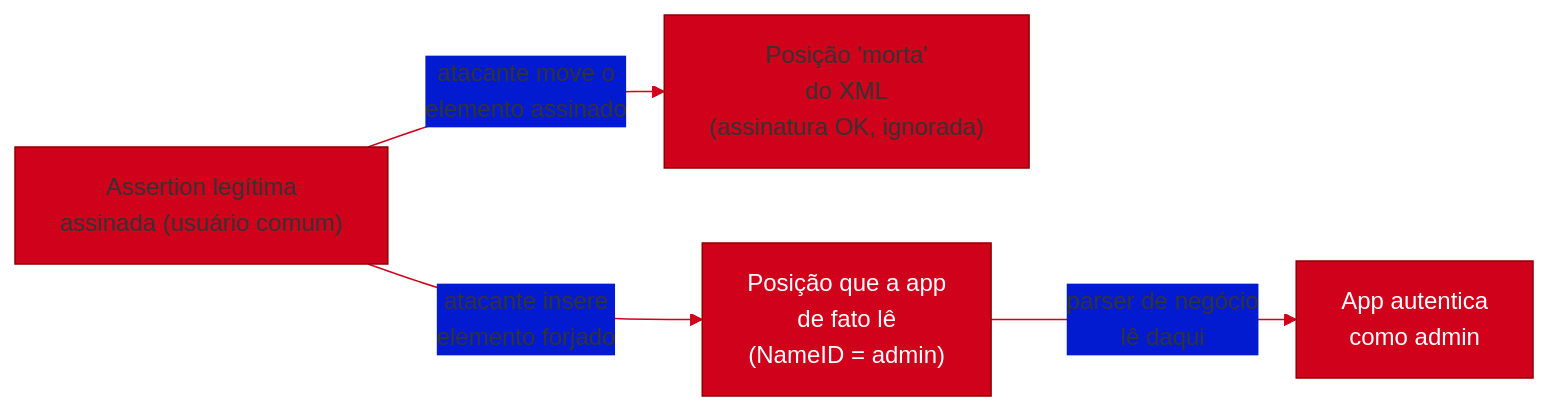
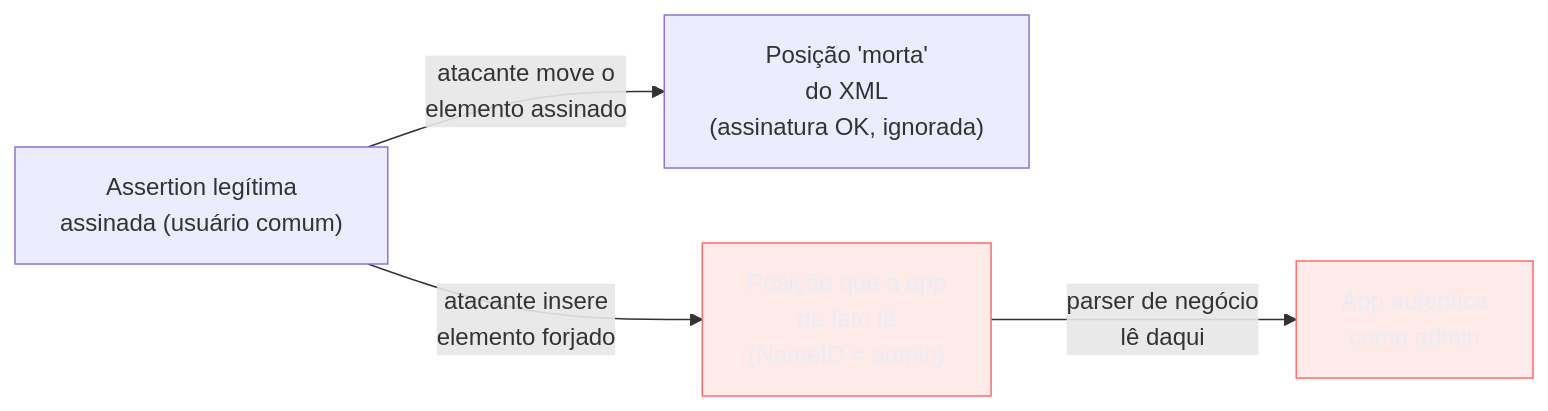
One commit to josenaldo/codex-technomanticus changed the fifth of 6 diagrams in 03-Dominios/Engenharia/Auth e Identidade/2 - OAuth 2.1 e OpenID Connect/06 - SSO corporativo — SAML, federação e SCIM.md. Above: the diagram before and after it, drawn with Mermaid. The commit also changed other lines of this file and 1181 other files, not shown here.

First line of the commit message:
fix(diagramas): paleta do sistema no lugar de cor cravada no markdown

````diff
--- a/03-Dominios/Engenharia/Auth e Identidade/2 - OAuth 2.1 e OpenID Connect/06 - SSO corporativo — SAML, federação e SCIM.md
+++ b/03-Dominios/Engenharia/Auth e Identidade/2 - OAuth 2.1 e OpenID Connect/06 - SSO corporativo — SAML, federação e SCIM.md
@@ -175,10 +174,10 @@
 ```mermaid
-%%{init: {"theme": "base", "themeVariables": {"primaryColor": "#D0021B", "primaryBorderColor": "#8A0000", "lineColor": "#D0021B"}}}%%
 graph LR
+    classDef falha fill:#FF6B6B24,stroke:#FF6B6B,color:#E9ECF2
     A["Assertion legítima<br/>assinada (usuário comum)"] -->|"atacante move o<br/>elemento assinado"| B["Posição 'morta'<br/>do XML<br/>(assinatura OK, ignorada)"]
     A -->|"atacante insere<br/>elemento forjado"| C["Posição que a app<br/>de fato lê<br/>(NameID = admin)"]
     C -->|"parser de negócio<br/>lê daqui"| D["App autentica<br/>como admin"]
 
-    style C fill:#D0021B,color:#fff
-    style D fill:#D0021B,color:#fff
+    class C falha
+    class D falha
 ```
````
